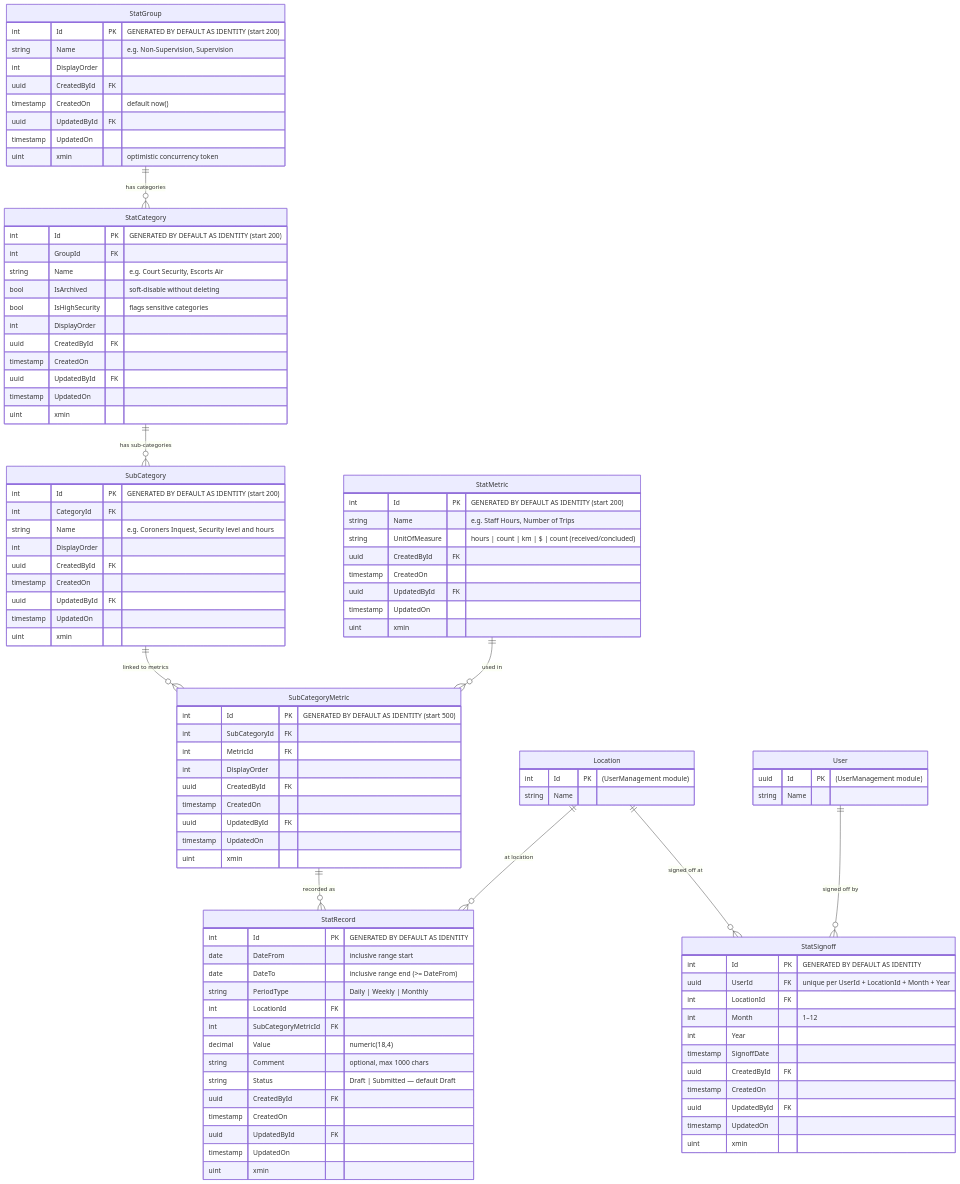
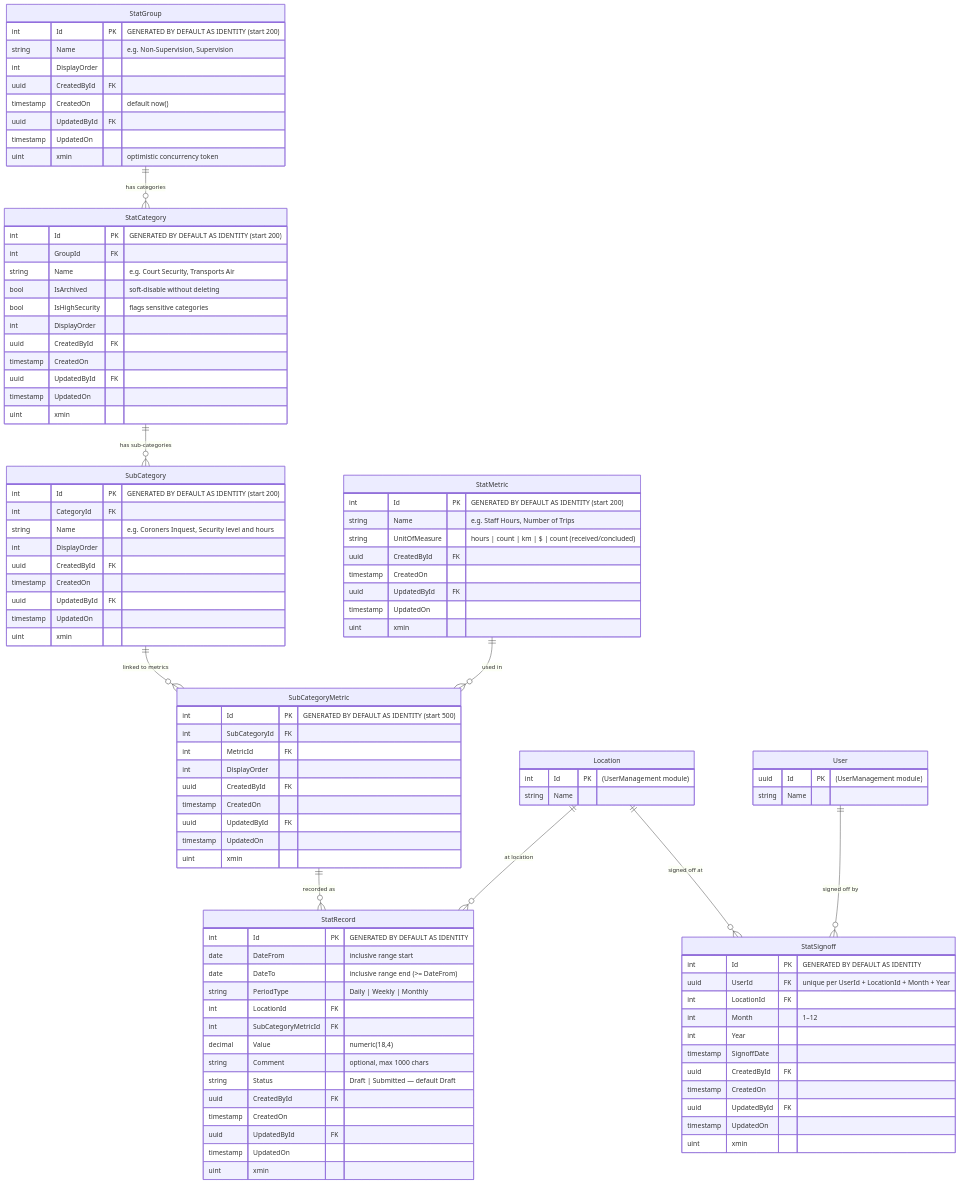
One commit to bcgov/unified-scheduling changed the diagram in api/Unified.Stats/DATA_MODEL.md. Above: the diagram before and after it, drawn with Mermaid. The commit also changed other lines of this file and 67 other files, not shown here.

```diff
--- a/api/Unified.Stats/DATA_MODEL.md
+++ b/api/Unified.Stats/DATA_MODEL.md
@@ -18,7 +18,7 @@
     StatCategory {
         int     Id            PK  "GENERATED BY DEFAULT AS IDENTITY (start 200)"
         int     GroupId       FK
-        string  Name              "e.g. Court Security, Escorts Air"
+        string  Name              "e.g. Court Security, Transports Air"
         bool    IsArchived        "soft-disable without deleting"
         bool    IsHighSecurity    "flags sensitive categories"
         int     DisplayOrder
```
